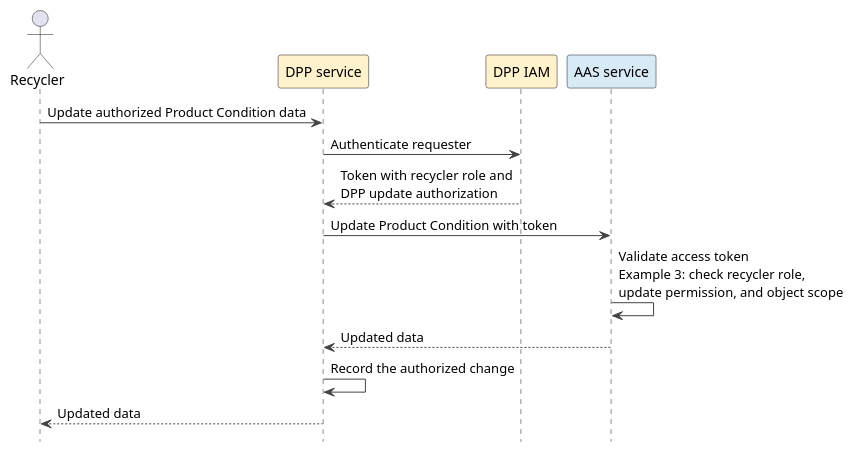
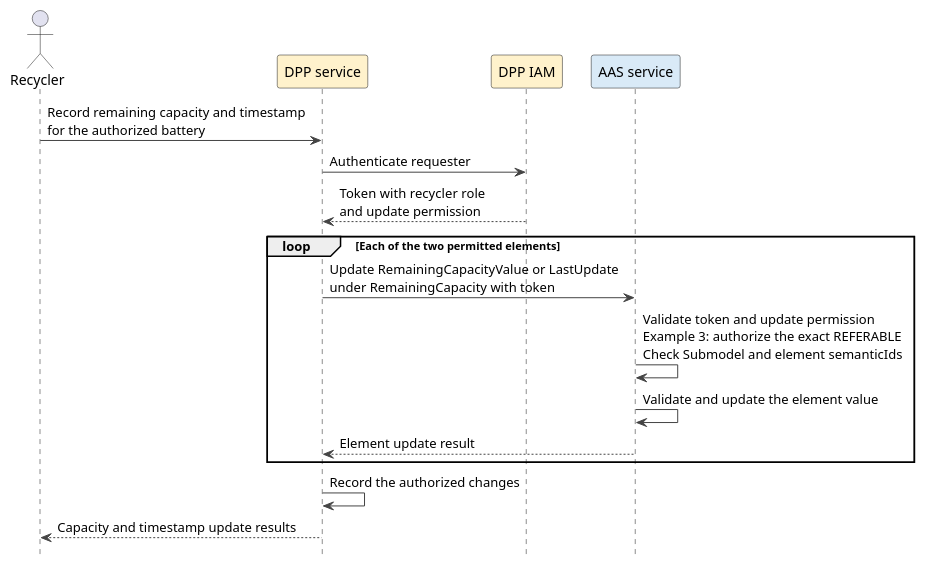
One commit to Martin187187/aas-specs-security changed the diagram in documentation/IDTA-01004/modules/ROOT/partials/diagrams/dpp-recycler-update.puml. Above: the diagram before and after it, drawn with PlantUML. The commit also changed 4 other files, not shown here.

```diff
--- a/documentation/IDTA-01004/modules/ROOT/partials/diagrams/dpp-recycler-update.puml
+++ b/documentation/IDTA-01004/modules/ROOT/partials/diagrams/dpp-recycler-update.puml
@@ -1,22 +1,25 @@
 @startuml
 ' Copyright (c) 2026 Industrial Digital Twin Association
 ' SPDX-License-Identifier: CC-BY-4.0
 
 skinparam shadowing false
 skinparam ArrowColor #444444
 hide footbox
 
 actor "Recycler" as User
 participant "DPP service" as DPP #FFF2CC
 participant "DPP IAM" as IAM #FFF2CC
 participant "AAS service" as AAS #D9EAF7
 
-User -> DPP : Update authorized Product Condition data
+User -> DPP : Record remaining capacity and timestamp\nfor the authorized battery
 DPP -> IAM : Authenticate requester
-IAM --> DPP : Token with recycler role and\nDPP update authorization
-DPP -> AAS : Update Product Condition with token
-AAS -> AAS : Validate access token\nExample 3: check recycler role,\nupdate permission, and object scope
-AAS --> DPP : Updated data
-DPP -> DPP : Record the authorized change
-DPP --> User : Updated data
+IAM --> DPP : Token with recycler role\nand update permission
+loop Each of the two permitted elements
+  DPP -> AAS : Update RemainingCapacityValue or LastUpdate\nunder RemainingCapacity with token
+  AAS -> AAS : Validate token and update permission\nExample 3: authorize the exact REFERABLE\nCheck Submodel and element semanticIds
+  AAS -> AAS : Validate and update the element value
+  AAS --> DPP : Element update result
+end
+DPP -> DPP : Record the authorized changes
+DPP --> User : Capacity and timestamp update results
 @enduml
```
